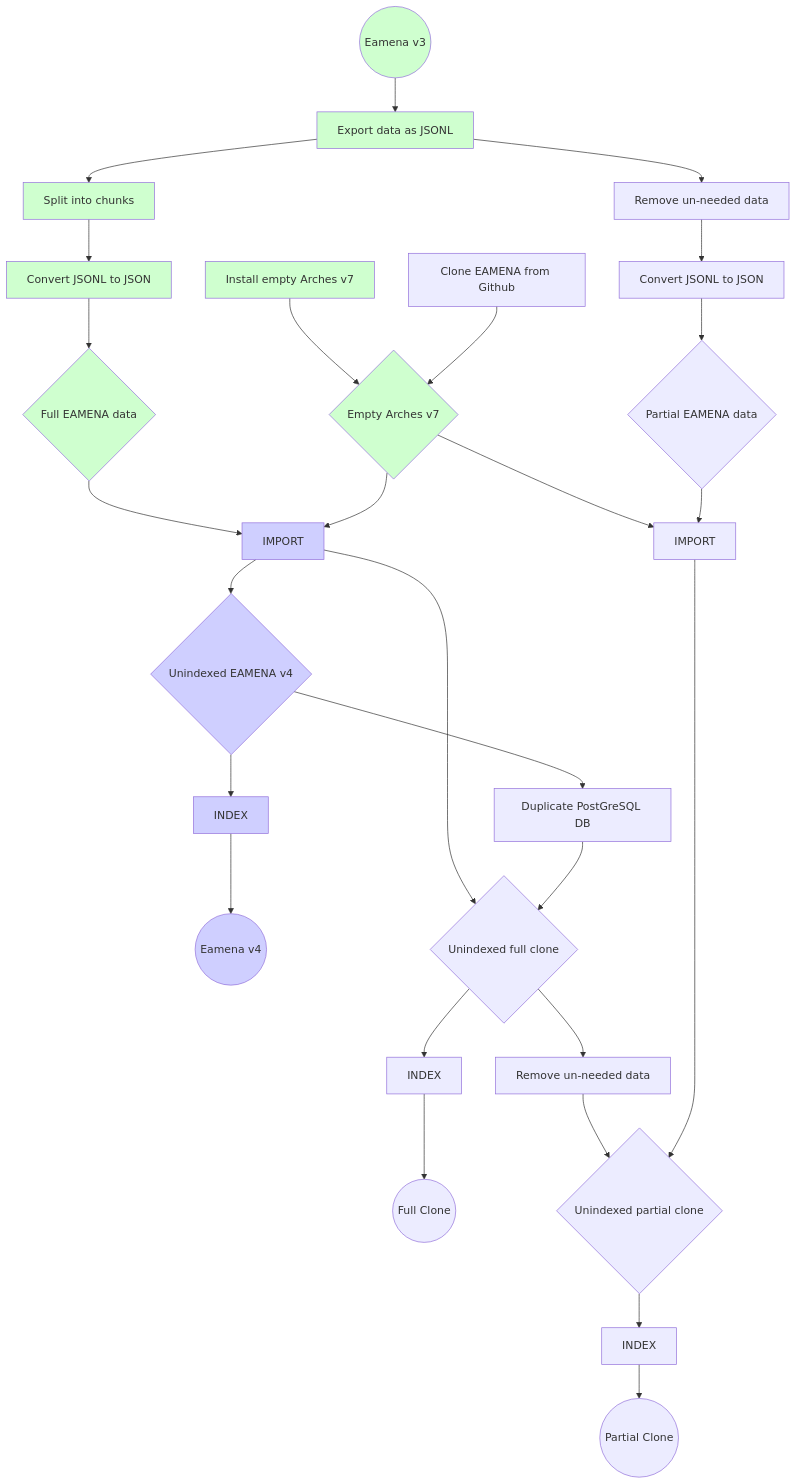
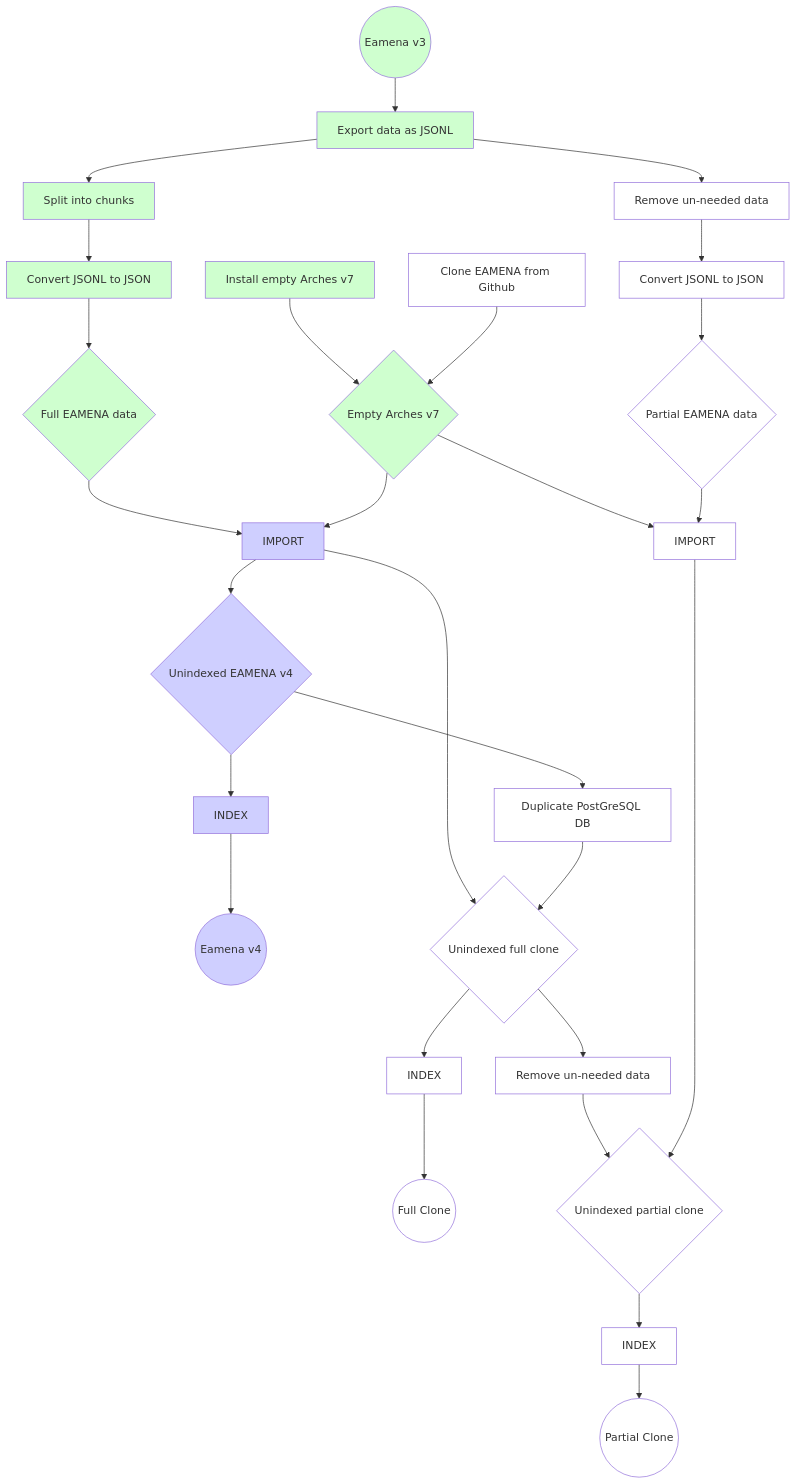
One commit to eamena-project/eamena-arches-dev changed the diagram in dbs/database.eamena/docs/notes/Routes.md. Above: the diagram before and after it, drawn with Mermaid.

Commit message:
Added explicit colours for nodes in flow chart, as Github's default is a bit too close to some of our styles

````diff
--- a/dbs/database.eamena/docs/notes/Routes.md
+++ b/dbs/database.eamena/docs/notes/Routes.md
@@ -3,41 +3,54 @@
 ```mermaid
 flowchart
 	id1((Eamena v3))-->id2[Export data as JSONL]
 	id2-->id3[Split into chunks]
 	id3-->id4[Convert JSONL to JSON]
 	id4-->id5{Full EAMENA data}
 	id5-->id6[IMPORT]
 	id7[Install empty Arches v7]-->id8{Empty Arches v7}
 	id9[Clone EAMENA from Github]-->id8
 	id8-->id6
 	id6-->id10{Unindexed EAMENA v4}
 	id10-->id11[Duplicate PostGreSQL DB]
 	id10-->id12[INDEX]
 	id12-->id13((Eamena v4))
 	id2-->id14[Remove un-needed data]
 	id6-->id15{Unindexed full clone}
 	id11-->id15
 	id15-->id16[INDEX]
 	id16-->id17((Full Clone))
 	id18{Unindexed partial clone}-->id19[INDEX]
 	id19-->id20((Partial Clone))
 	id14-->id21[Convert JSONL to JSON]
 	id21-->id22{Partial EAMENA data}
 	id15-->id23[Remove un-needed data]
 	id8-->id24[IMPORT]
 	id22-->id24
 	id23-->id18
 	id24-->id18
 	style id1 fill:#CFFFCF
 	style id2 fill:#CFFFCF
 	style id3 fill:#CFFFCF
 	style id4 fill:#CFFFCF
 	style id5 fill:#CFFFCF
+	style id6 fill:#CFCFFF
 	style id7 fill:#CFFFCF
 	style id8 fill:#CFFFCF
-	style id6 fill:#CFCFFF
+	style id9 fill:#FFFFFF
 	style id10 fill:#CFCFFF
+	style id11 fill:#FFFFFF
 	style id12 fill:#CFCFFF
 	style id13 fill:#CFCFFF
+	style id14 fill:#FFFFFF
+	style id15 fill:#FFFFFF
+	style id16 fill:#FFFFFF
+	style id17 fill:#FFFFFF
+	style id18 fill:#FFFFFF
+	style id19 fill:#FFFFFF
+	style id20 fill:#FFFFFF
+	style id21 fill:#FFFFFF
+	style id22 fill:#FFFFFF
+	style id23 fill:#FFFFFF
+	style id24 fill:#FFFFFF
 	
 ```
````
